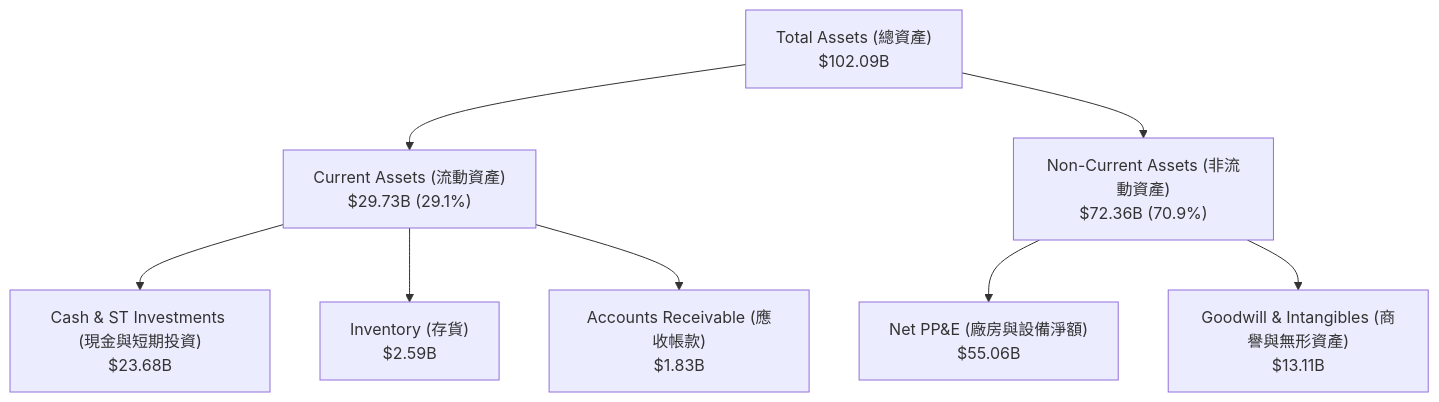
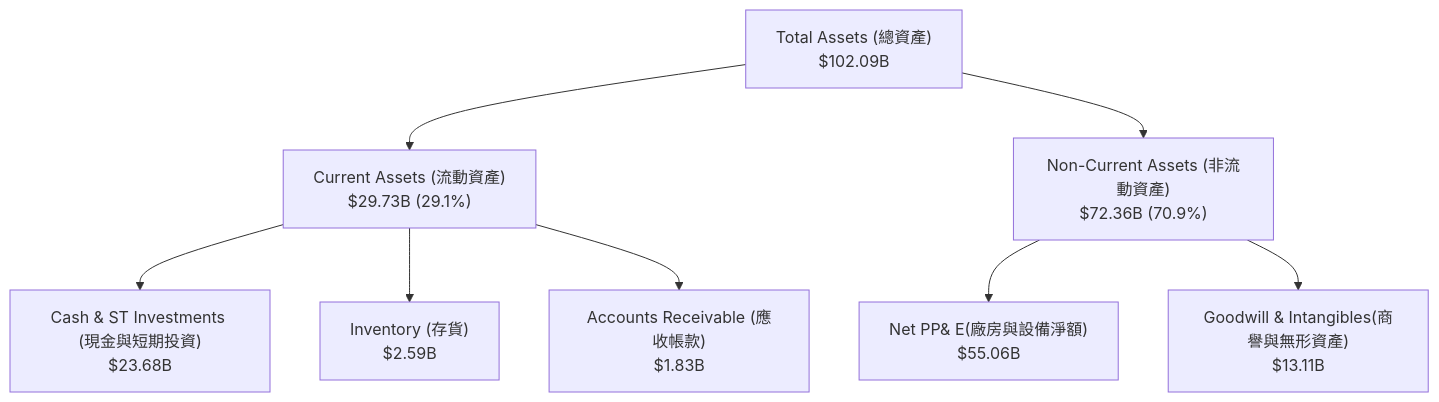
One commit to yennanliu/finance_data changed the sixth of 13 diagrams in ai_gen_report/stock/spcx/fundamental_analysis_2026-06-16_gemini.md. Above: the diagram before and after it, drawn with Mermaid. The commit also changed 2258 other files, not shown here.

First line of the commit message:
chore: backfill Mermaid syntax repair across existing reports

````diff
--- a/ai_gen_report/stock/spcx/fundamental_analysis_2026-06-16_gemini.md
+++ b/ai_gen_report/stock/spcx/fundamental_analysis_2026-06-16_gemini.md
@@ -278,14 +278,14 @@
 ```mermaid
 graph TD
     TA["Total Assets (總資產)<br/>$102.09B"]
 
     TA --> CA["Current Assets (流動資產)<br/>$29.73B (29.1%)"]
     TA --> NCA["Non-Current Assets (非流動資產)<br/>$72.36B (70.9%)"]
 
     CA --> CASH["Cash & ST Investments (現金與短期投資)<br/>$23.68B"]
     CA --> INV["Inventory (存貨)<br/>$2.59B"]
     CA --> AR["Accounts Receivable (應收帳款)<br/>$1.83B"]
 
-    NCA --> PPE["Net PP&E (廠房與設備淨額)<br/>$55.06B"]
-    NCA --> GW["Goodwill & Intangibles (商譽與無形資產)<br/>$13.11B"]
+    NCA --> PPE["Net PP& E(廠房與設備淨額)<br/>$55.06B"]
+    NCA --> GW["Goodwill & Intangibles(商譽與無形資產)<br/>$13.11B"]
 ```
````
